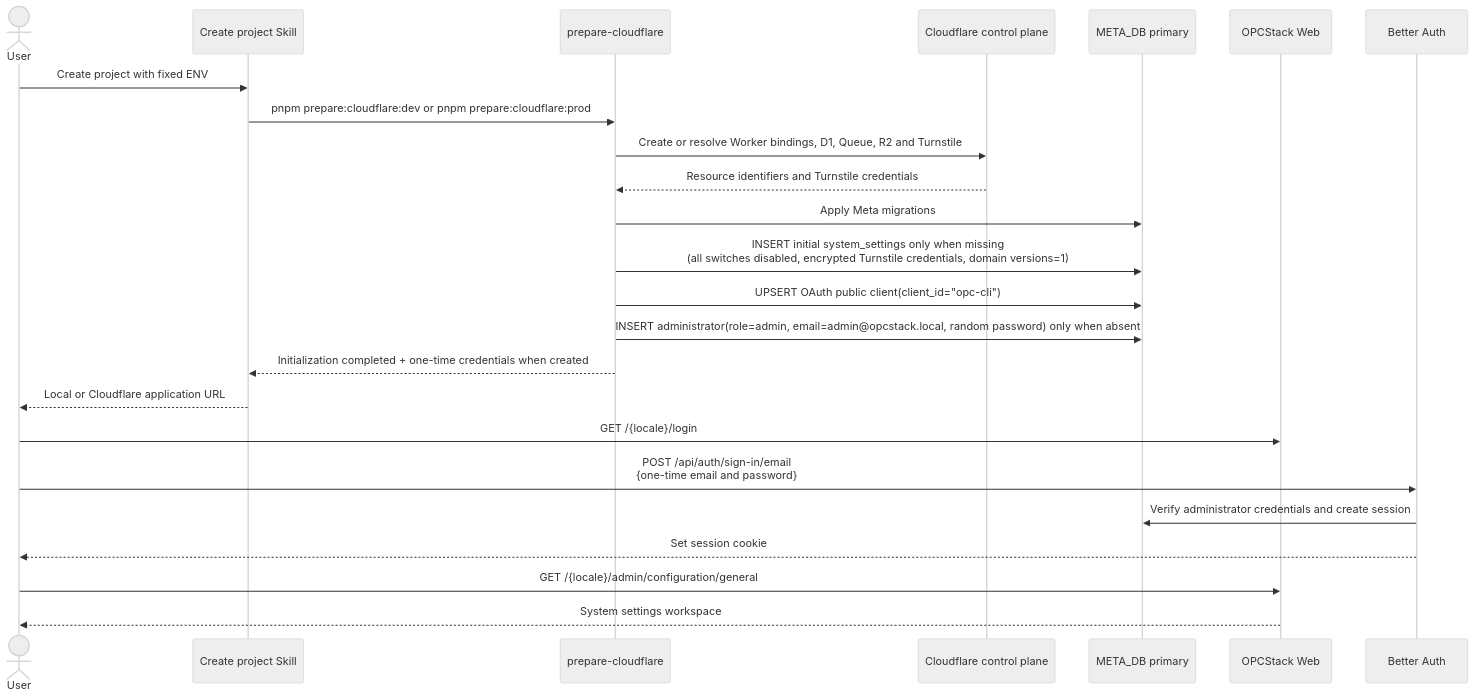
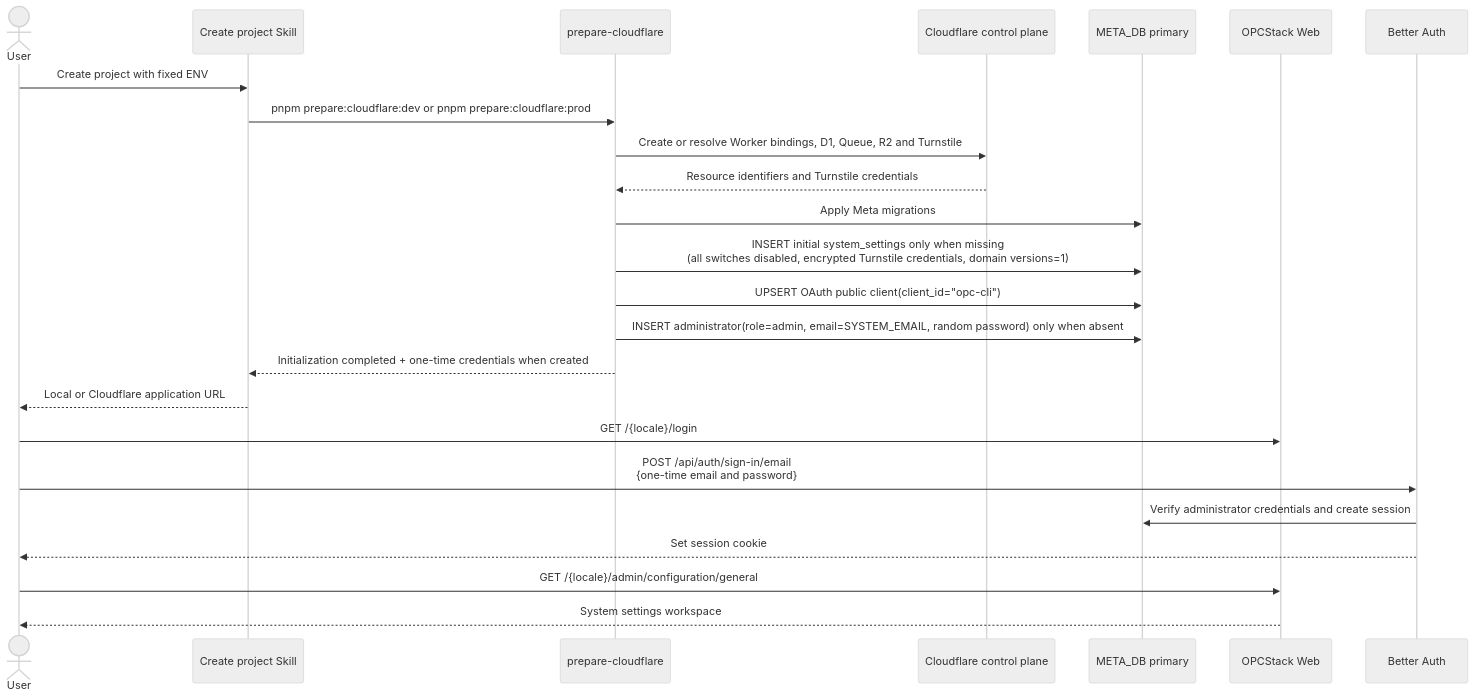
Before and after one commit to glidea/opcstack: the fourth of 11 diagrams in docs/v025/tech-design.md, drawn with Mermaid (neutral theme). The commit also changed other lines of this file and 64 other files, not shown here.

````diff
--- a/docs/v025/tech-design.md
+++ b/docs/v025/tech-design.md
@@ -1192,27 +1186,27 @@
 ```mermaid
 sequenceDiagram
   actor User as User
   participant Skill as Create project Skill
   participant Prepare as prepare-cloudflare
   participant CF as Cloudflare control plane
   participant Meta as META_DB primary
   participant Web as OPCStack Web
   participant Auth as Better Auth
 
   User->>Skill: Create project with fixed ENV
   Skill->>Prepare: pnpm prepare:cloudflare:dev or pnpm prepare:cloudflare:prod
   Prepare->>CF: Create or resolve Worker bindings, D1, Queue, R2 and Turnstile
   CF-->>Prepare: Resource identifiers and Turnstile credentials
   Prepare->>Meta: Apply Meta migrations
   Prepare->>Meta: INSERT initial system_settings only when missing<br/>(all switches disabled, encrypted Turnstile credentials, domain versions=1)
   Prepare->>Meta: UPSERT OAuth public client(client_id="opc-cli")
-  Prepare->>Meta: INSERT administrator(role=admin, email=admin@opcstack.local, random password) only when absent
+  Prepare->>Meta: INSERT administrator(role=admin, email=SYSTEM_EMAIL, random password) only when absent
   Prepare-->>Skill: Initialization completed + one-time credentials when created
   Skill-->>User: Local or Cloudflare application URL
   User->>Web: GET /{locale}/login
   User->>Auth: POST /api/auth/sign-in/email<br/>{one-time email and password}
   Auth->>Meta: Verify administrator credentials and create session
   Auth-->>User: Set session cookie
   User->>Web: GET /{locale}/admin/configuration/general
   Web-->>User: System settings workspace
 ```
````
